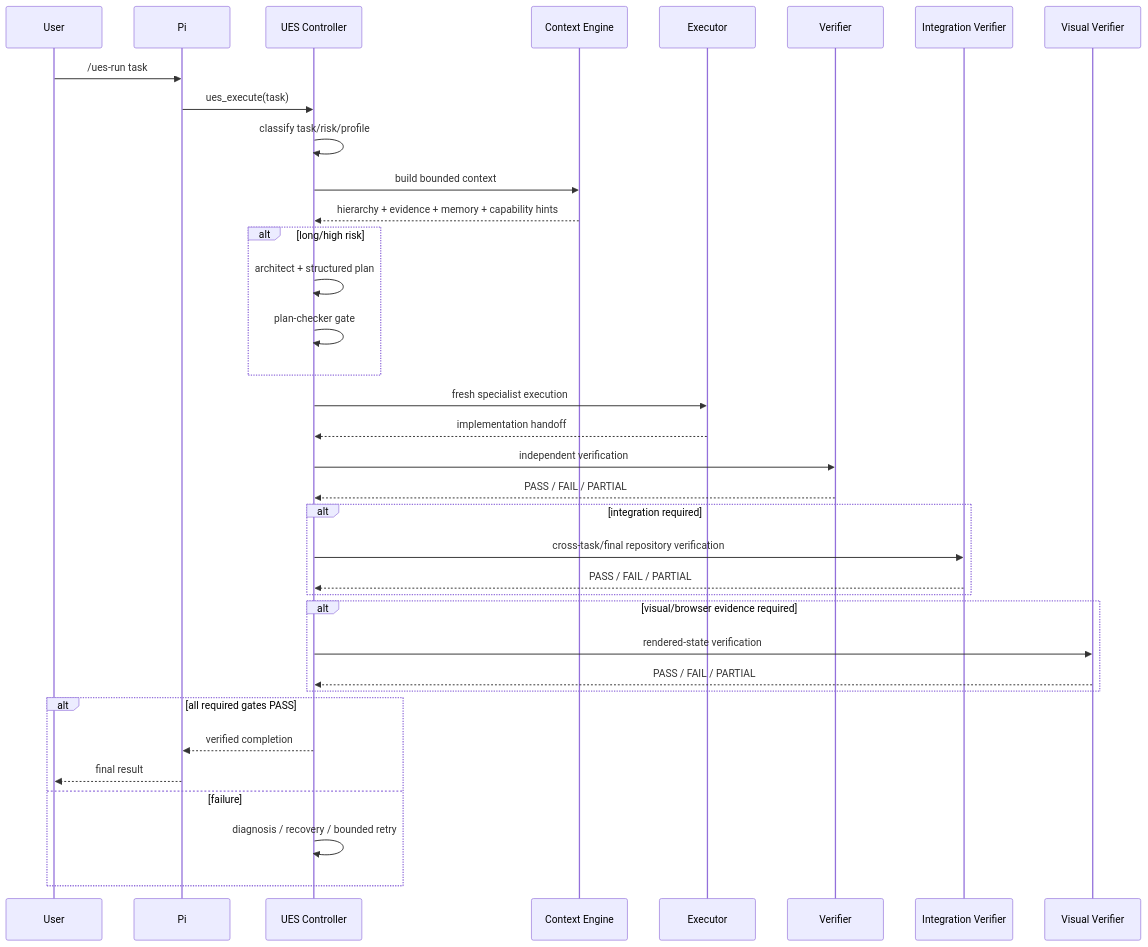
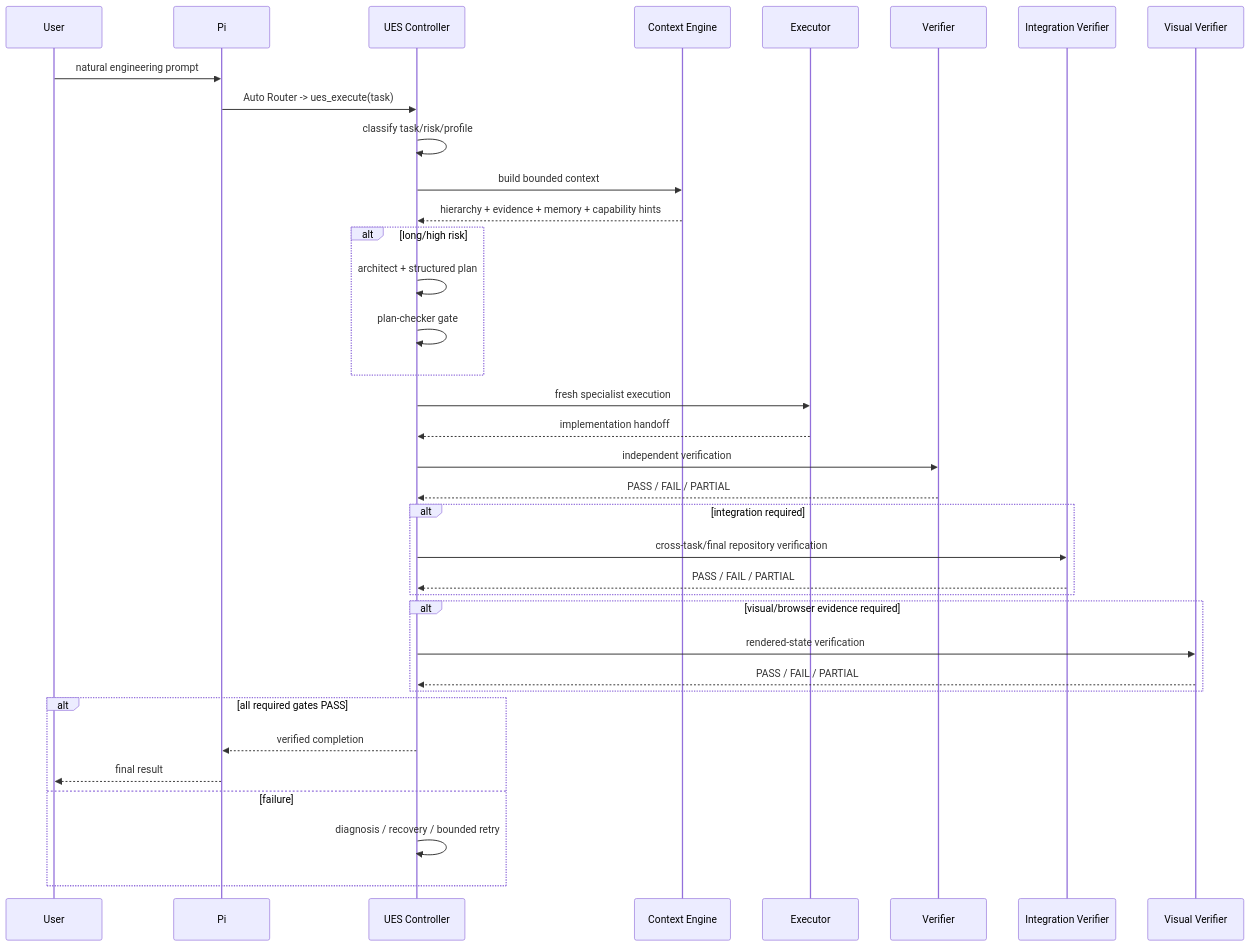
One commit to laivannha0202/opencode-agent-skill- changed the second of 25 diagrams in README.md. Above: the diagram before and after it, drawn with Mermaid. The commit also changed other lines of this file, not shown here.

Commit message:
docs(v15.19): make zero-command flow the primary README path

```diff
--- a/README.md
+++ b/README.md
@@ -183,45 +183,45 @@
 ~~~mermaid
 sequenceDiagram
     participant U as User
     participant P as Pi
     participant UES as UES Controller
     participant CTX as Context Engine
     participant EX as Executor
     participant V as Verifier
     participant IV as Integration Verifier
     participant VV as Visual Verifier
 
-    U->>P: /ues-run task
-    P->>UES: ues_execute(task)
+    U->>P: natural engineering prompt
+    P->>UES: Auto Router -> ues_execute(task)
     UES->>UES: classify task/risk/profile
     UES->>CTX: build bounded context
     CTX-->>UES: hierarchy + evidence + memory + capability hints
 
     alt long/high risk
         UES->>UES: architect + structured plan
         UES->>UES: plan-checker gate
     end
 
     UES->>EX: fresh specialist execution
     EX-->>UES: implementation handoff
 
     UES->>V: independent verification
     V-->>UES: PASS / FAIL / PARTIAL
 
     alt integration required
         UES->>IV: cross-task/final repository verification
         IV-->>UES: PASS / FAIL / PARTIAL
     end
 
     alt visual/browser evidence required
         UES->>VV: rendered-state verification
         VV-->>UES: PASS / FAIL / PARTIAL
     end
 
     alt all required gates PASS
         UES-->>P: verified completion
         P-->>U: final result
     else failure
         UES->>UES: diagnosis / recovery / bounded retry
     end
 ~~~
```
